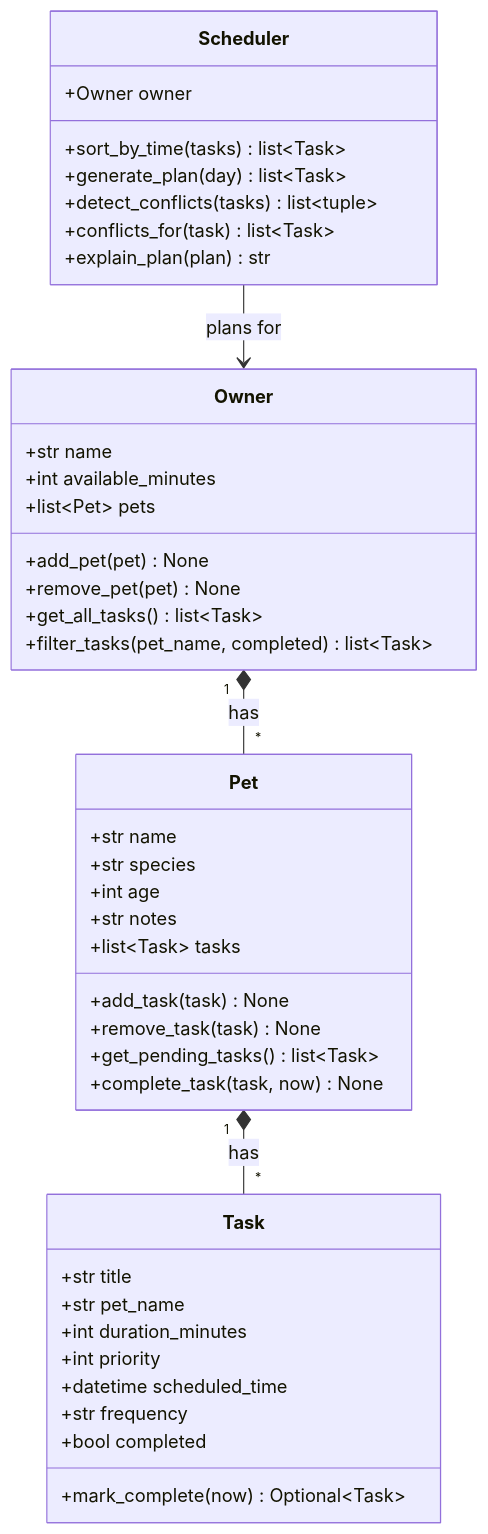
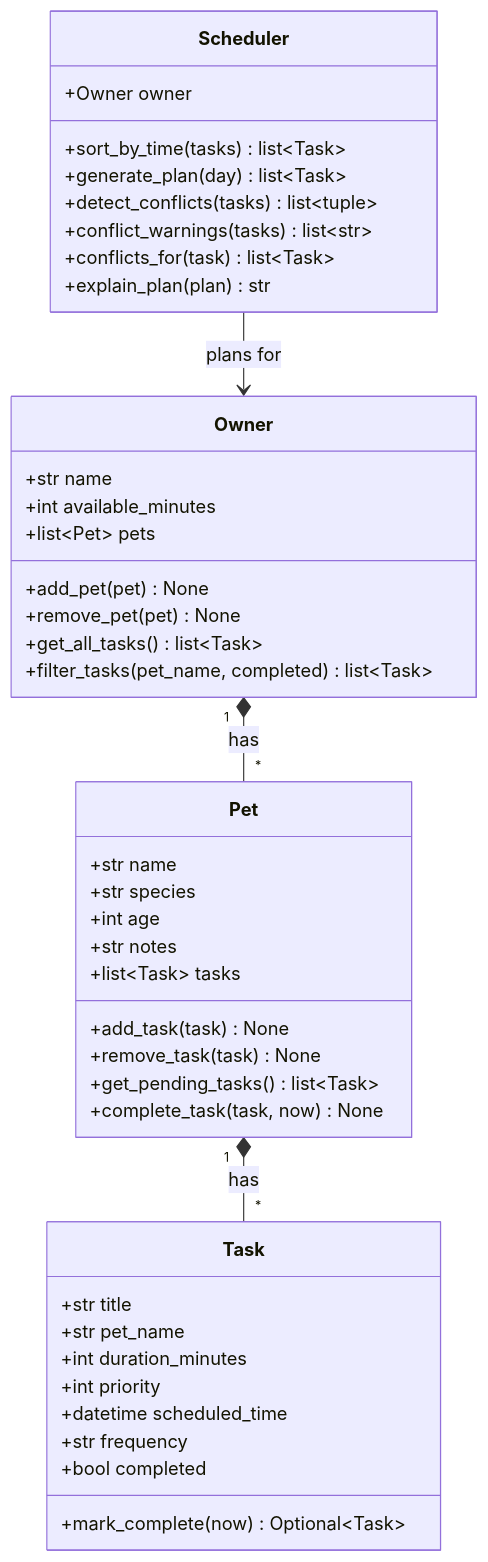
The diagram in diagrams/uml.mmd (bior-m16/ai110-module2show-pawpal-starter), drawn with Mermaid before and after one commit. The commit also changed 6 other files, not shown here.

First line of the commit message:
feat: add conflict warnings, simplify algorithms and document scheduling features

```diff
--- a/diagrams/uml.mmd
+++ b/diagrams/uml.mmd
@@ -1,46 +1,47 @@
 classDiagram
     class Owner {
         +str name
         +int available_minutes
         +list~Pet~ pets
         +add_pet(pet) None
         +remove_pet(pet) None
         +get_all_tasks() list~Task~
         +filter_tasks(pet_name, completed) list~Task~
     }
 
     class Pet {
         +str name
         +str species
         +int age
         +str notes
         +list~Task~ tasks
         +add_task(task) None
         +remove_task(task) None
         +get_pending_tasks() list~Task~
         +complete_task(task, now) None
     }
 
     class Task {
         +str title
         +str pet_name
         +int duration_minutes
         +int priority
         +datetime scheduled_time
         +str frequency
         +bool completed
         +mark_complete(now) Optional~Task~
     }
 
     class Scheduler {
         +Owner owner
         +sort_by_time(tasks) list~Task~
         +generate_plan(day) list~Task~
         +detect_conflicts(tasks) list~tuple~
+        +conflict_warnings(tasks) list~str~
         +conflicts_for(task) list~Task~
         +explain_plan(plan) str
     }
 
     Owner "1" *-- "*" Pet : has
     Pet "1" *-- "*" Task : has
     Scheduler --> Owner : plans for
```
